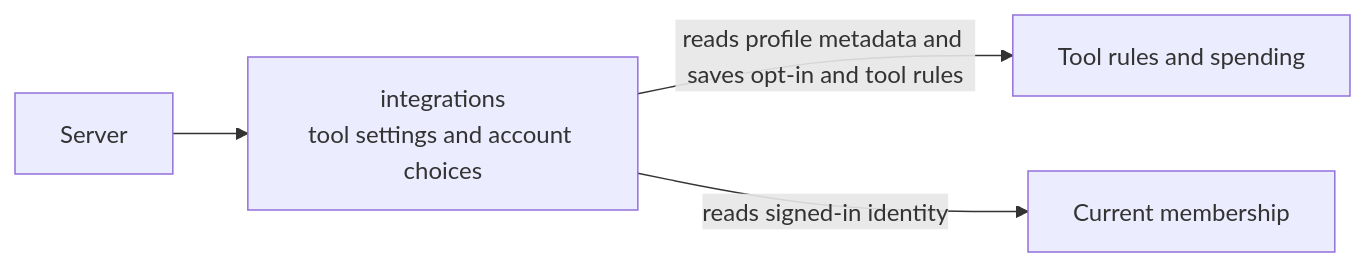
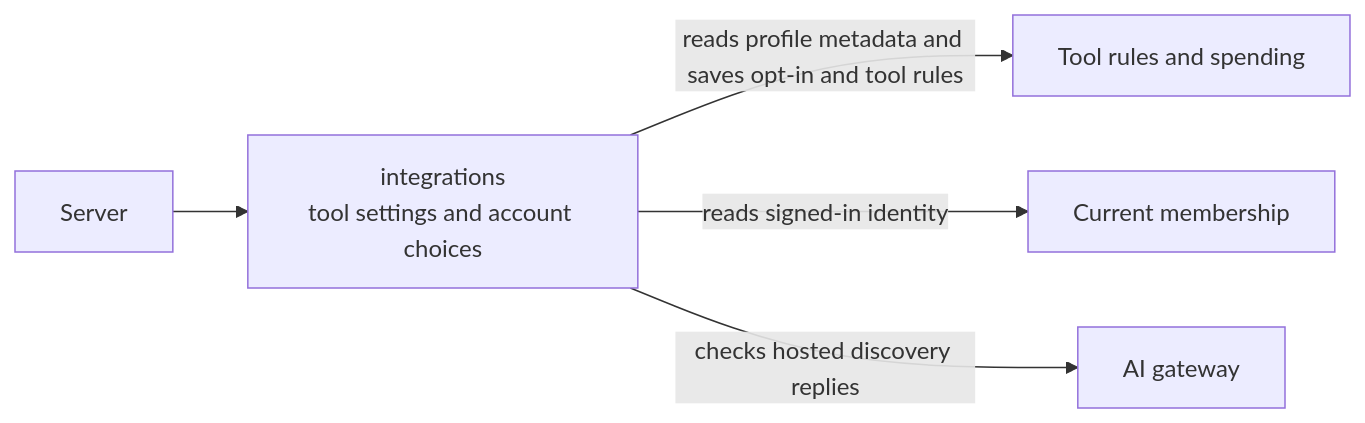
Before and after one commit to elewa-git/opencrane-new: the diagram in apps/server/src/integrations/README.md, drawn with Mermaid. The commit also changed other lines of this file and 7 other files, not shown here.

Commit message:
🧰 Bind hosted capture to the observed gateway workload

````diff
--- a/apps/server/src/integrations/README.md
+++ b/apps/server/src/integrations/README.md
@@ -75,6 +76,7 @@
 ```mermaid
 flowchart LR
   server[Server] --> integrations["integrations<br/>tool settings and account choices"]
   integrations -->|reads profile metadata and saves opt-in and tool rules| models[Tool rules and spending]
   integrations -->|reads signed-in identity| members[Current membership]
+  integrations -->|checks hosted discovery replies| gateway[AI gateway]
 ```
````
